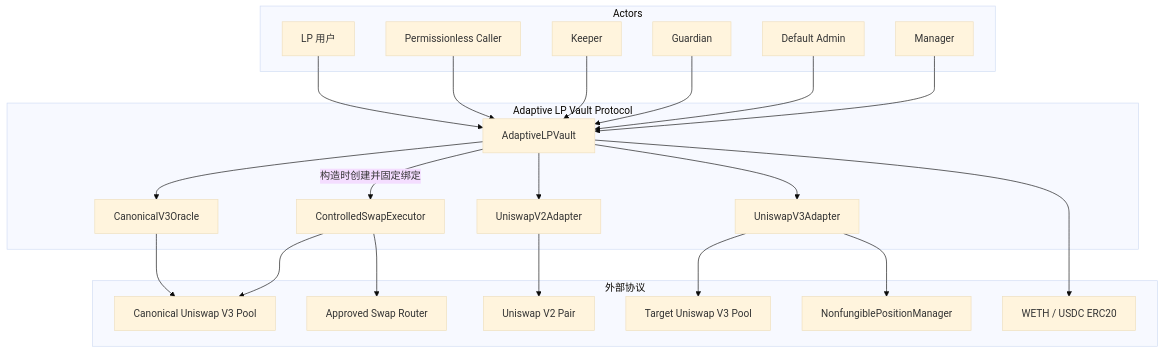
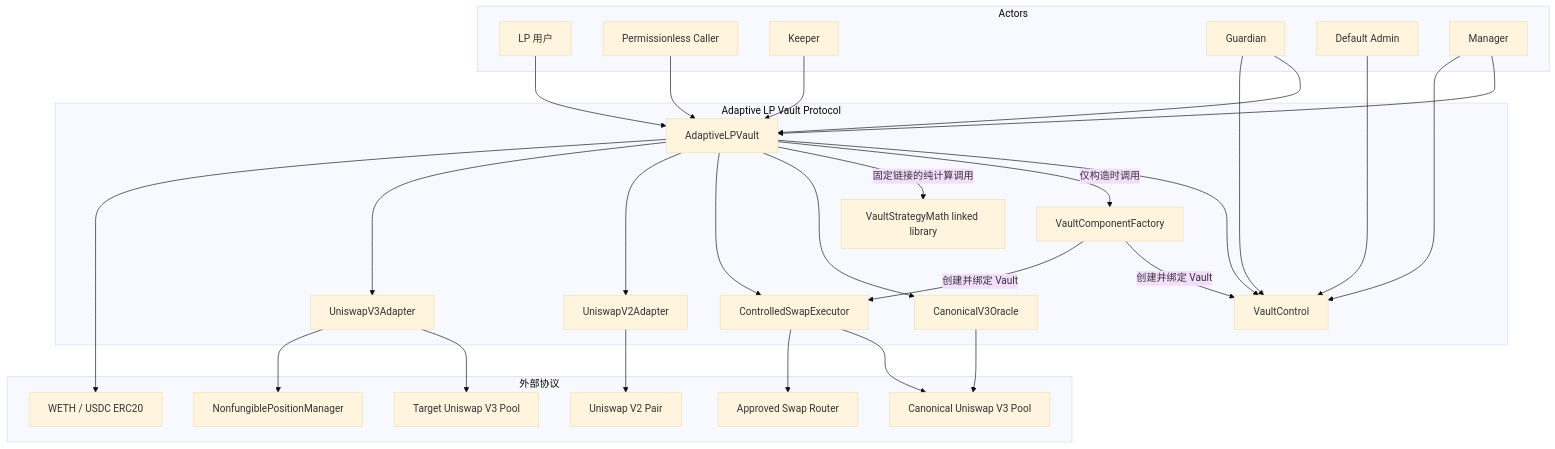
The first of 10 diagrams in docs/ARCHITECTURE.md (GGHansome/Adaptive-LP-Vault), drawn with Mermaid (base theme) before and after one commit. The commit also changed other lines of this file and 21 other files, not shown here.

Commit message:
Architecture adjustment

````diff
--- a/docs/ARCHITECTURE.md
+++ b/docs/ARCHITECTURE.md
@@ -23,46 +24,56 @@
 ```mermaid
 flowchart TB
     subgraph Actors
         LP[LP 用户]
         Caller[Permissionless Caller]
         Keeper[Keeper]
         Guardian[Guardian]
         DefaultAdmin[Default Admin]
         Manager[Manager]
     end
 
     subgraph Protocol[Adaptive LP Vault Protocol]
         Vault[AdaptiveLPVault]
+        Control[VaultControl]
+        ComponentFactory[VaultComponentFactory]
+        Planner[VaultStrategyMath linked library]
         Oracle[CanonicalV3Oracle]
         Swap[ControlledSwapExecutor]
         V2Adapter[UniswapV2Adapter]
         V3Adapter[UniswapV3Adapter]
     end
 
     subgraph External[外部协议]
         V2Pair[Uniswap V2 Pair]
         V3Pool[Canonical Uniswap V3 Pool]
         V3Venue[Target Uniswap V3 Pool]
         PositionManager[NonfungiblePositionManager]
         Router[Approved Swap Router]
         ERC20[WETH / USDC ERC20]
     end
 
     LP --> Vault
     Caller --> Vault
     Keeper --> Vault
     Guardian --> Vault
-    DefaultAdmin --> Vault
+    Guardian --> Control
+    DefaultAdmin --> Control
     Manager --> Vault
+    Manager --> Control
+    Vault --> Control
+    Vault -->|仅构造时调用| ComponentFactory
+    ComponentFactory -->|创建并绑定 Vault| Control
+    ComponentFactory -->|创建并绑定 Vault| Swap
+    Vault -->|固定链接的纯计算调用| Planner
     Vault --> Oracle
-    Vault -->|构造时创建并固定绑定| Swap
+    Vault --> Swap
     Vault --> V2Adapter
     Vault --> V3Adapter
     V2Adapter --> V2Pair
     V3Adapter --> V3Venue
     V3Adapter --> PositionManager
     Oracle --> V3Pool
     Swap --> V3Pool
     Swap --> Router
     Vault --> ERC20
 ```
````
